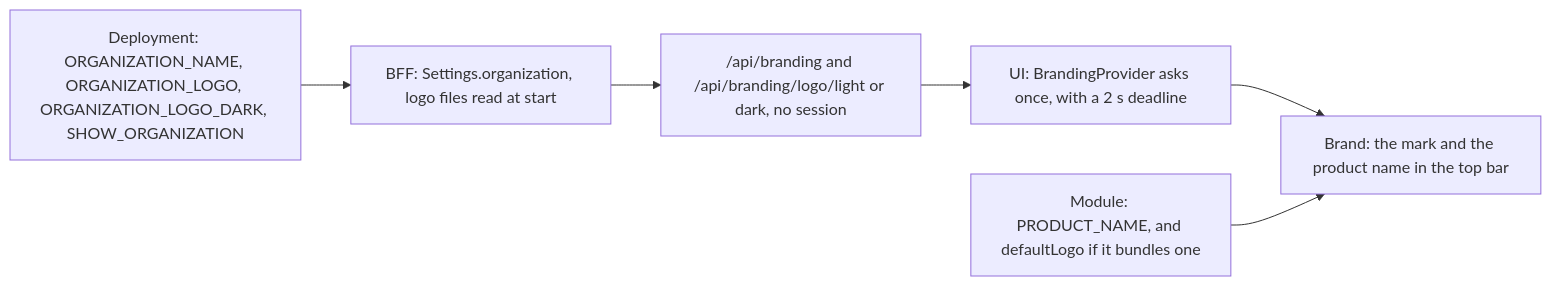
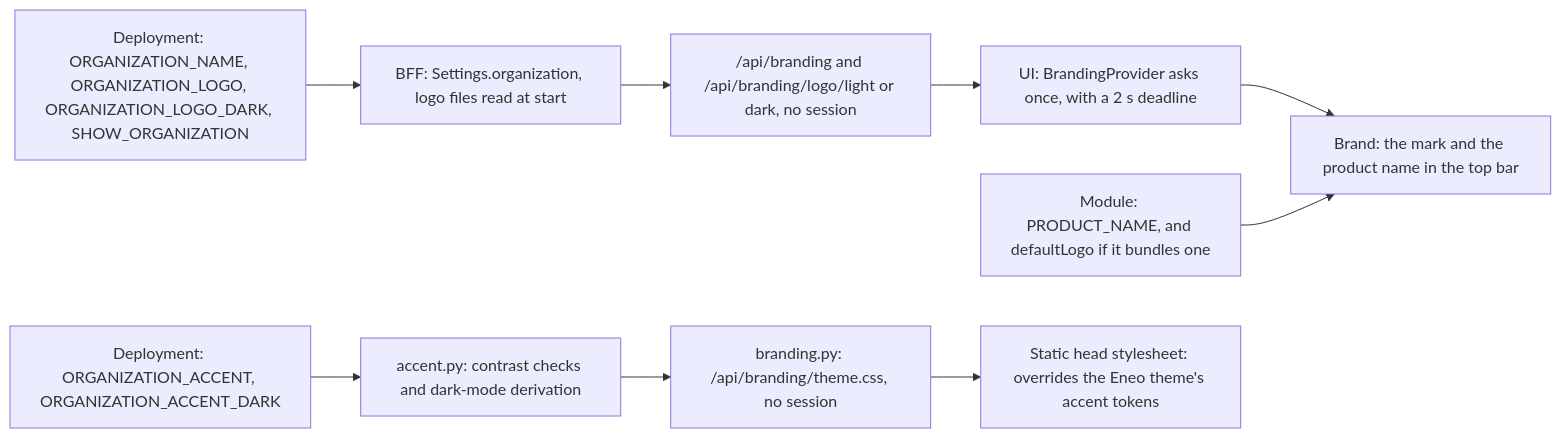
One commit to eneo-ai/eneo-module-kit changed diagram 11 of 14 in docs/architecture.md. Above: the diagram before and after it, drawn with Mermaid. The commit also changed other lines of this file and 17 other files, not shown here.

Commit message:
feat(branding): serve validated deployment accent colours

````diff
--- a/docs/architecture.md
+++ b/docs/architecture.md
@@ -290,8 +290,11 @@
 ```mermaid
 flowchart LR
   env["Deployment: ORGANIZATION_NAME, ORGANIZATION_LOGO, ORGANIZATION_LOGO_DARK, SHOW_ORGANIZATION"] --> settings["BFF: Settings.organization, logo files read at start"]
   settings --> api["/api/branding and /api/branding/logo/light or dark, no session"]
   api --> prov["UI: BrandingProvider asks once, with a 2 s deadline"]
   prov --> brand["Brand: the mark and the product name in the top bar"]
   mod["Module: PRODUCT_NAME, and defaultLogo if it bundles one"] --> brand
+  accentenv["Deployment: ORGANIZATION_ACCENT, ORGANIZATION_ACCENT_DARK"] --> accent["accent.py: contrast checks and dark-mode derivation"]
+  accent --> css["branding.py: /api/branding/theme.css, no session"]
+  css --> head["Static head stylesheet: overrides the Eneo theme's accent tokens"]
 ```
````
